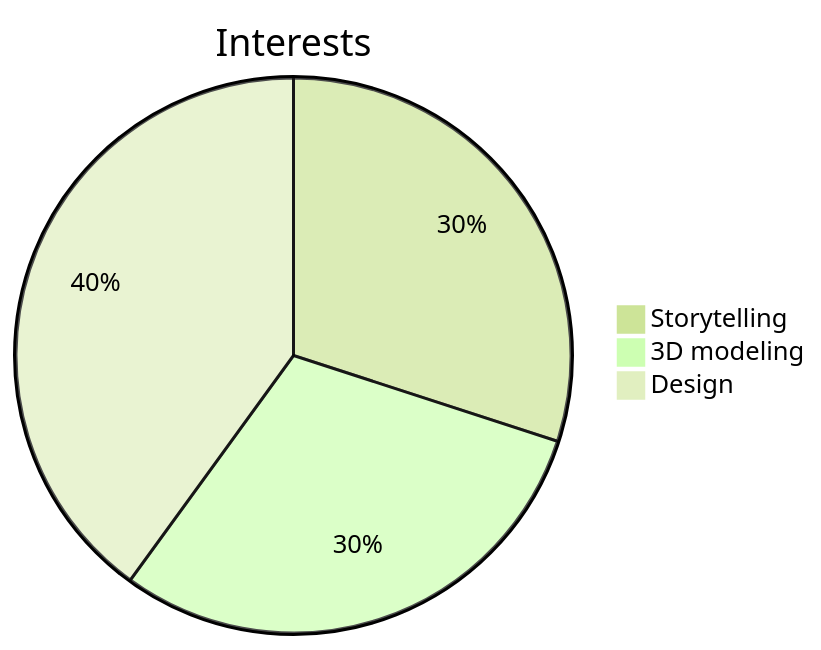
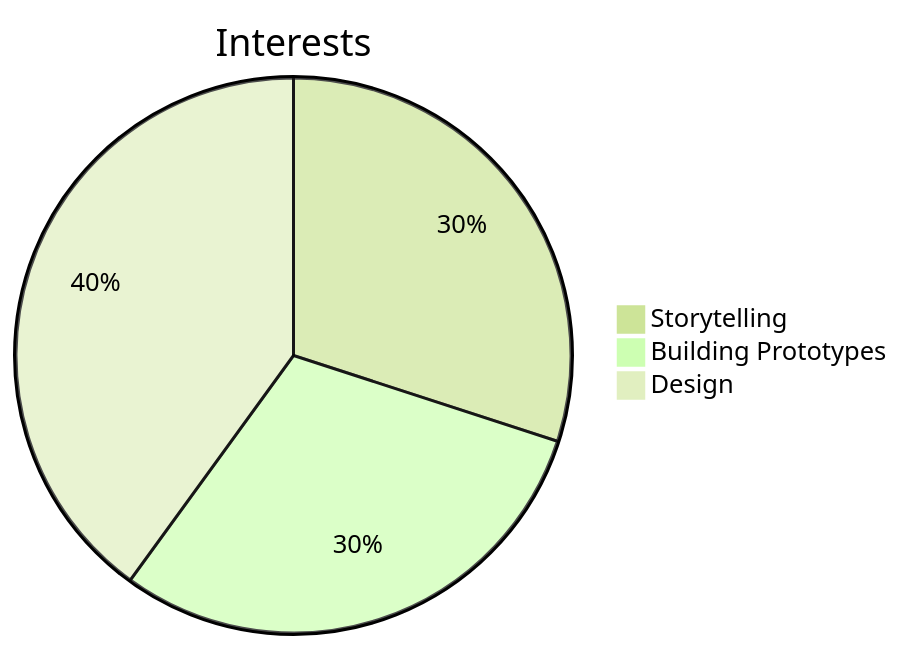
The diagram in README.md (melanielaporte/melanielaporte), drawn with Mermaid (forest theme) before and after one commit.

````diff
--- a/README.md
+++ b/README.md
@@ -40,7 +40,7 @@
 ```mermaid
 pie
     title Interests
     "Storytelling" : 30
-    "3D modeling" : 30
+    "Building Prototypes" : 30
     "Design" : 40
 ```
````
